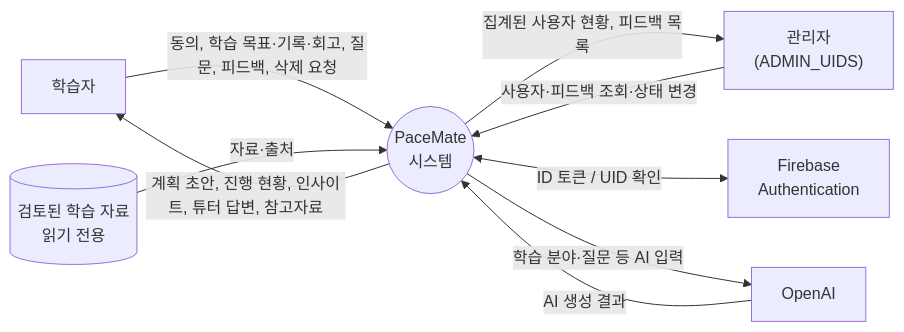
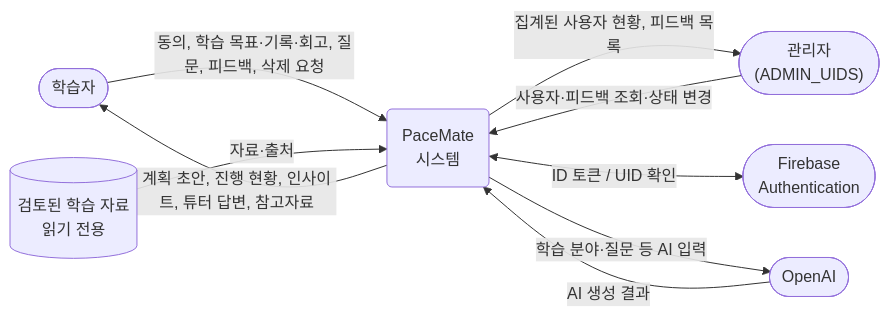
Before and after one commit to yong05610/ai-n-fprj: the third of 12 diagrams in docs/architecture_dfd.md, drawn with Mermaid. The commit also changed other lines of this file, not shown here.

````diff
--- a/docs/architecture_dfd.md
+++ b/docs/architecture_dfd.md
@@ -78,18 +78,18 @@
 ```mermaid
 flowchart LR
-    L["학습자"]
-    AD["관리자<br/>(ADMIN_UIDS)"]
-    FB["Firebase<br/>Authentication"]
-    OAI["OpenAI"]
-    SYS(("PaceMate<br/>시스템"))
+    L(["학습자"])
+    AD(["관리자<br/>(ADMIN_UIDS)"])
+    FB(["Firebase<br/>Authentication"])
+    OAI(["OpenAI"])
+    SYS("PaceMate<br/>시스템")
     DOC[("검토된 학습 자료<br/>읽기 전용")]
 
     L -->|"동의, 학습 목표·기록·회고, 질문, 피드백, 삭제 요청"| SYS
     SYS -->|"계획 초안, 진행 현황, 인사이트, 튜터 답변, 참고자료"| L
     AD -->|"사용자·피드백 조회·상태 변경"| SYS
     SYS -->|"집계된 사용자 현황, 피드백 목록"| AD
     SYS <-->|"ID 토큰 / UID 확인"| FB
     SYS -->|"학습 분야·질문 등 AI 입력"| OAI
     OAI -->|"AI 생성 결과"| SYS
     DOC -->|"자료·출처"| SYS
 ```
````
